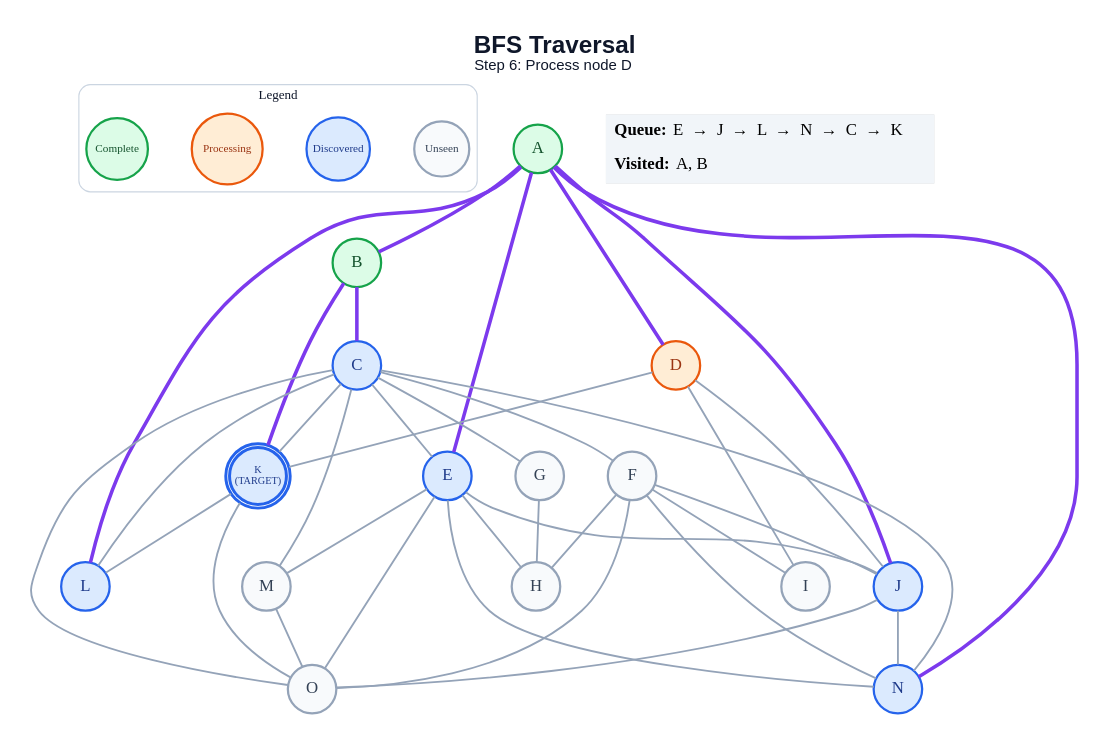
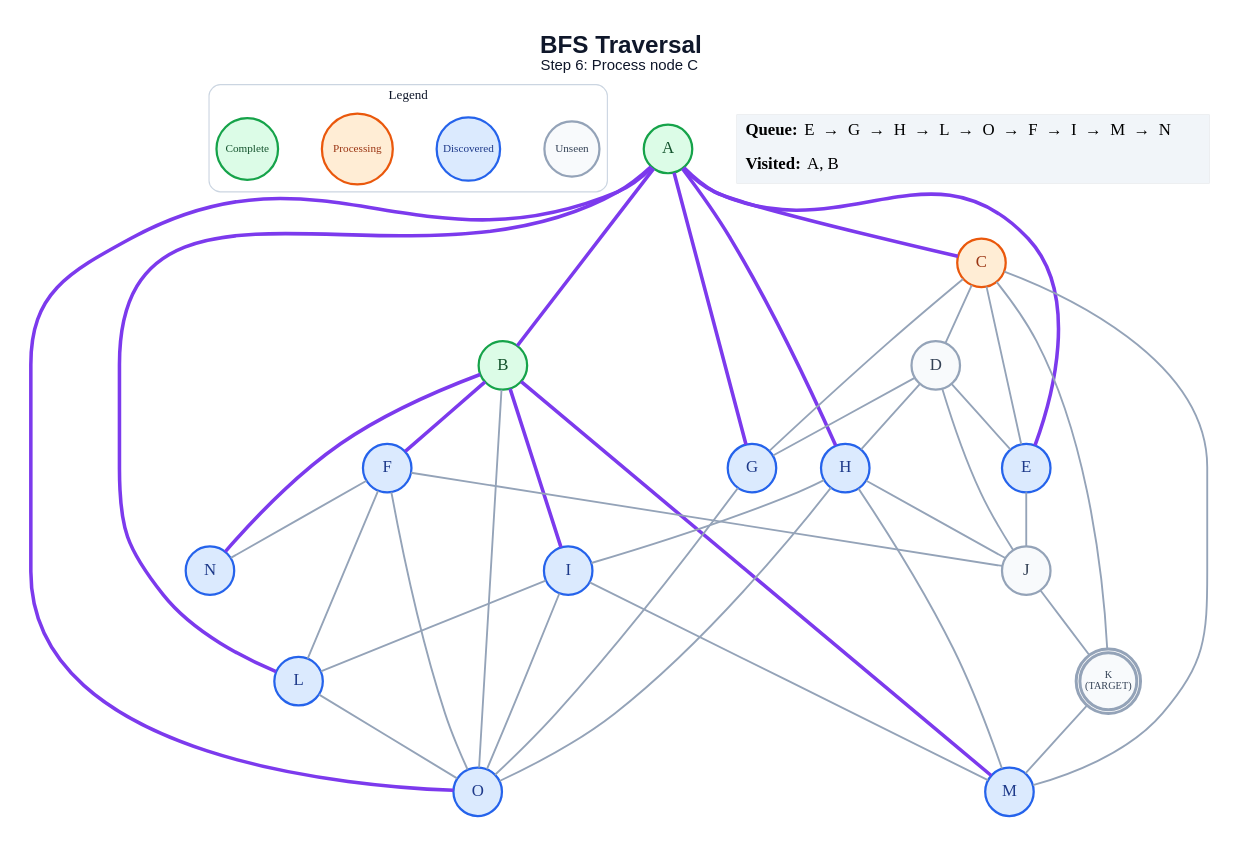
The diagram in generated/specific-node/bfs/step_06.dot (anon7238593-create/ai-slop), drawn with Graphviz before and after one commit. The commit also changed 257 other files, not shown here.

```diff
--- a/generated/specific-node/bfs/step_06.dot
+++ b/generated/specific-node/bfs/step_06.dot
@@ -1,69 +1,71 @@
 graph traversal {
   graph [layout=dot, rankdir=TB, bgcolor="#FFFFFF", pad="0.35", nodesep="0.65", ranksep="0.8", fontname="Arial"];
   node [shape=circle, style="filled", fontname="Arial Bold", fontsize=18, width=0.72, fixedsize=true, penwidth=2.4];
   edge [color="#94A3B8", penwidth=2.0];
-  label=<<B>BFS Traversal</B><BR/><FONT POINT-SIZE="16">Step 6: Process node D</FONT>>; labelloc="t"; fontsize=26; fontname="Arial"; fontcolor="#0F172A";
+  label=<<B>BFS Traversal</B><BR/><FONT POINT-SIZE="16">Step 6: Process node C</FONT>>; labelloc="t"; fontsize=26; fontname="Arial"; fontcolor="#0F172A";
   subgraph cluster_legend { label="Legend"; color="#CBD5E1"; penwidth=1.2; style="rounded"; fontsize=14; fontname="Arial Bold";
     key_unseen [label="Unseen", fillcolor="#F8FAFC", color="#94A3B8", fontcolor="#334155", fontsize=12, width=0.82];
     key_frontier [label="Discovered", fillcolor="#DBEAFE", color="#2563EB", fontcolor="#1E3A8A", fontsize=12, width=0.95];
     key_current [label="Processing", fillcolor="#FFEDD5", color="#EA580C", fontcolor="#9A3412", fontsize=12, width=1.05];
     key_done [label="Complete", fillcolor="#DCFCE7", color="#16A34A", fontcolor="#14532D", fontsize=12, width=0.92];
     { rank=same; key_unseen; key_frontier; key_current; key_done; }
   }
   A [label="A", fillcolor="#DCFCE7", color="#16A34A", fontcolor="#14532D", peripheries=1, penwidth=2.4];
   B [label="B", fillcolor="#DCFCE7", color="#16A34A", fontcolor="#14532D", peripheries=1, penwidth=2.4];
-  C [label="C", fillcolor="#DBEAFE", color="#2563EB", fontcolor="#1E3A8A", peripheries=1, penwidth=2.4];
-  D [label="D", fillcolor="#FFEDD5", color="#EA580C", fontcolor="#9A3412", peripheries=1, penwidth=2.4];
+  C [label="C", fillcolor="#FFEDD5", color="#EA580C", fontcolor="#9A3412", peripheries=1, penwidth=2.4];
+  D [label="D", fillcolor="#F8FAFC", color="#94A3B8", fontcolor="#334155", peripheries=1, penwidth=2.4];
   E [label="E", fillcolor="#DBEAFE", color="#2563EB", fontcolor="#1E3A8A", peripheries=1, penwidth=2.4];
-  F [label="F", fillcolor="#F8FAFC", color="#94A3B8", fontcolor="#334155", peripheries=1, penwidth=2.4];
-  G [label="G", fillcolor="#F8FAFC", color="#94A3B8", fontcolor="#334155", peripheries=1, penwidth=2.4];
-  H [label="H", fillcolor="#F8FAFC", color="#94A3B8", fontcolor="#334155", peripheries=1, penwidth=2.4];
-  I [label="I", fillcolor="#F8FAFC", color="#94A3B8", fontcolor="#334155", peripheries=1, penwidth=2.4];
-  J [label="J", fillcolor="#DBEAFE", color="#2563EB", fontcolor="#1E3A8A", peripheries=1, penwidth=2.4];
-  K [label="K\n(TARGET)", fillcolor="#DBEAFE", color="#2563EB", fontcolor="#1E3A8A", peripheries=2, penwidth=3.2, fontsize=11, width=0.85, height=0.85];
+  F [label="F", fillcolor="#DBEAFE", color="#2563EB", fontcolor="#1E3A8A", peripheries=1, penwidth=2.4];
+  G [label="G", fillcolor="#DBEAFE", color="#2563EB", fontcolor="#1E3A8A", peripheries=1, penwidth=2.4];
+  H [label="H", fillcolor="#DBEAFE", color="#2563EB", fontcolor="#1E3A8A", peripheries=1, penwidth=2.4];
+  I [label="I", fillcolor="#DBEAFE", color="#2563EB", fontcolor="#1E3A8A", peripheries=1, penwidth=2.4];
+  J [label="J", fillcolor="#F8FAFC", color="#94A3B8", fontcolor="#334155", peripheries=1, penwidth=2.4];
+  K [label="K\n(TARGET)", fillcolor="#F8FAFC", color="#94A3B8", fontcolor="#334155", peripheries=2, penwidth=3.2, fontsize=11, width=0.85, height=0.85];
   L [label="L", fillcolor="#DBEAFE", color="#2563EB", fontcolor="#1E3A8A", peripheries=1, penwidth=2.4];
-  M [label="M", fillcolor="#F8FAFC", color="#94A3B8", fontcolor="#334155", peripheries=1, penwidth=2.4];
+  M [label="M", fillcolor="#DBEAFE", color="#2563EB", fontcolor="#1E3A8A", peripheries=1, penwidth=2.4];
   N [label="N", fillcolor="#DBEAFE", color="#2563EB", fontcolor="#1E3A8A", peripheries=1, penwidth=2.4];
-  O [label="O", fillcolor="#F8FAFC", color="#94A3B8", fontcolor="#334155", peripheries=1, penwidth=2.4];
+  O [label="O", fillcolor="#DBEAFE", color="#2563EB", fontcolor="#1E3A8A", peripheries=1, penwidth=2.4];
   A -- B [color="#7C3AED", penwidth=3.8];
-  A -- D [color="#7C3AED", penwidth=3.8];
+  A -- C [color="#7C3AED", penwidth=3.8];
   A -- E [color="#7C3AED", penwidth=3.8];
-  A -- J [color="#7C3AED", penwidth=3.8];
+  A -- G [color="#7C3AED", penwidth=3.8];
+  A -- H [color="#7C3AED", penwidth=3.8];
   A -- L [color="#7C3AED", penwidth=3.8];
-  A -- N [color="#7C3AED", penwidth=3.8];
-  B -- C [color="#7C3AED", penwidth=3.8];
-  B -- K [color="#7C3AED", penwidth=3.8];
+  A -- O [color="#7C3AED", penwidth=3.8];
+  B -- F [color="#7C3AED", penwidth=3.8];
+  B -- I [color="#7C3AED", penwidth=3.8];
+  B -- M [color="#7C3AED", penwidth=3.8];
+  B -- N [color="#7C3AED", penwidth=3.8];
+  B -- O;
+  C -- D;
   C -- E;
-  C -- F;
   C -- G;
   C -- K;
-  C -- L;
   C -- M;
-  C -- N;
-  C -- O;
-  D -- I;
+  D -- E;
+  D -- G;
+  D -- H;
   D -- J;
-  D -- K;
-  E -- H;
   E -- J;
-  E -- M;
-  E -- N;
-  E -- O;
-  F -- H;
-  F -- I;
   F -- J;
+  F -- L;
   F -- N;
   F -- O;
-  G -- H;
-  J -- N;
-  J -- O;
-  K -- L;
-  K -- O;
-  M -- O;
+  G -- O;
+  H -- I;
+  H -- J;
+  H -- M;
+  H -- O;
+  I -- L;
+  I -- M;
+  I -- O;
+  J -- K;
+  K -- M;
+  L -- O;
   status [shape=plain, fixedsize=false, width=0, height=0, margin=0, label=<
     <TABLE BORDER="0" CELLBORDER="0" CELLPADDING="7" BGCOLOR="#F1F5F9">
-      <TR><TD ALIGN="LEFT"><B>Queue:</B> E  →  J  →  L  →  N  →  C  →  K</TD></TR>
+      <TR><TD ALIGN="LEFT"><B>Queue:</B> E  →  G  →  H  →  L  →  O  →  F  →  I  →  M  →  N</TD></TR>
       <TR><TD ALIGN="LEFT"><B>Visited:</B> A, B</TD></TR>
     </TABLE>
   >];
 }
```
